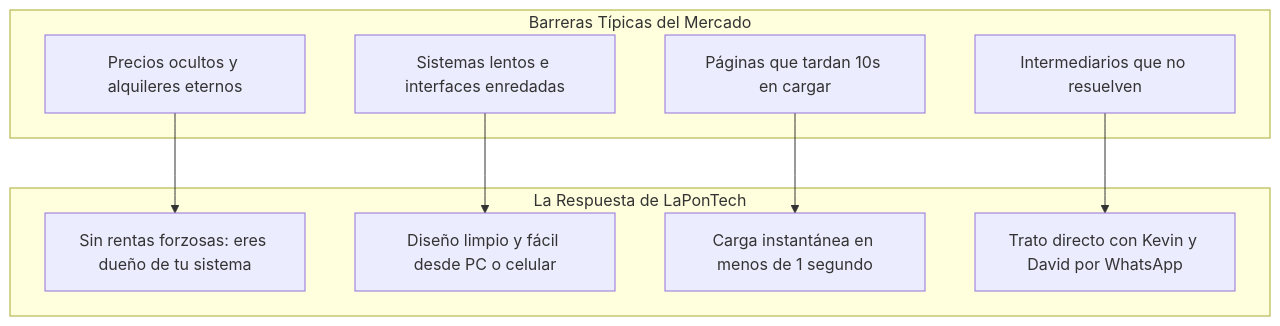
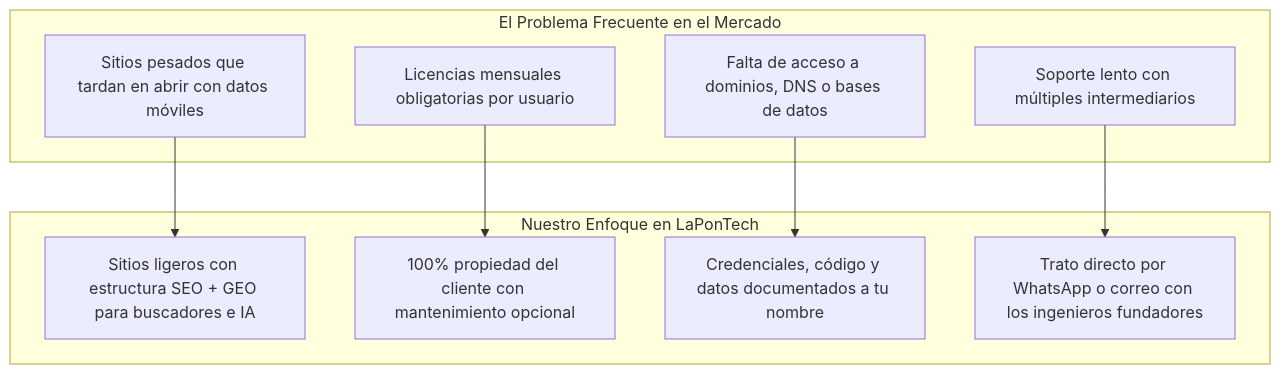
The diagram in docs/02-clientes-objetivo-y-mercado.md (kevinPoncema/LaPon-solutions), drawn with Mermaid before and after one commit. The commit also changed other lines of this file and 8 other files, not shown here.

````diff
--- a/docs/02-clientes-objetivo-y-mercado.md
+++ b/docs/02-clientes-objetivo-y-mercado.md
@@ -57,21 +56,21 @@
 ```mermaid
 graph TD
-    subgraph Barreras["Barreras Típicas del Mercado"]
-        B1["Precios ocultos y alquileres eternos"]
-        B2["Sistemas lentos e interfaces enredadas"]
-        B3["Páginas que tardan 10s en cargar"]
-        B4["Intermediarios que no resuelven"]
+    subgraph Problemas["El Problema Frecuente en el Mercado"]
+        P1["Sitios pesados que tardan en abrir con datos móviles"]
+        P2["Licencias mensuales obligatorias por usuario"]
+        P3["Falta de acceso a dominios, DNS o bases de datos"]
+        P4["Soporte lento con múltiples intermediarios"]
     end
 
-    subgraph Solucion["La Respuesta de LaPonTech"]
-        S1["Sin rentas forzosas: eres dueño de tu sistema"]
-        S2["Diseño limpio y fácil desde PC o celular"]
-        S3["Carga instantánea en menos de 1 segundo"]
-        S4["Trato directo con Kevin y David por WhatsApp"]
+    subgraph Enfoque["Nuestro Enfoque en LaPonTech"]
+        E1["Sitios ligeros con estructura SEO + GEO para buscadores e IA"]
+        E2["100% propiedad del cliente con mantenimiento opcional"]
+        E3["Credenciales, código y datos documentados a tu nombre"]
+        E4["Trato directo por WhatsApp o correo con los ingenieros fundadores"]
     end
 
-    B1 --> S1
-    B2 --> S2
-    B3 --> S3
-    B4 --> S4
+    P1 --> E1
+    P2 --> E2
+    P3 --> E3
+    P4 --> E4
 ```
````
